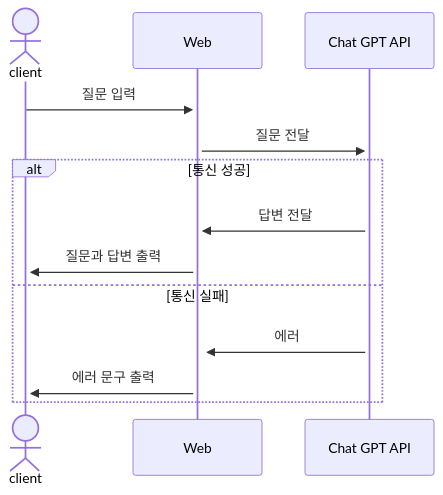
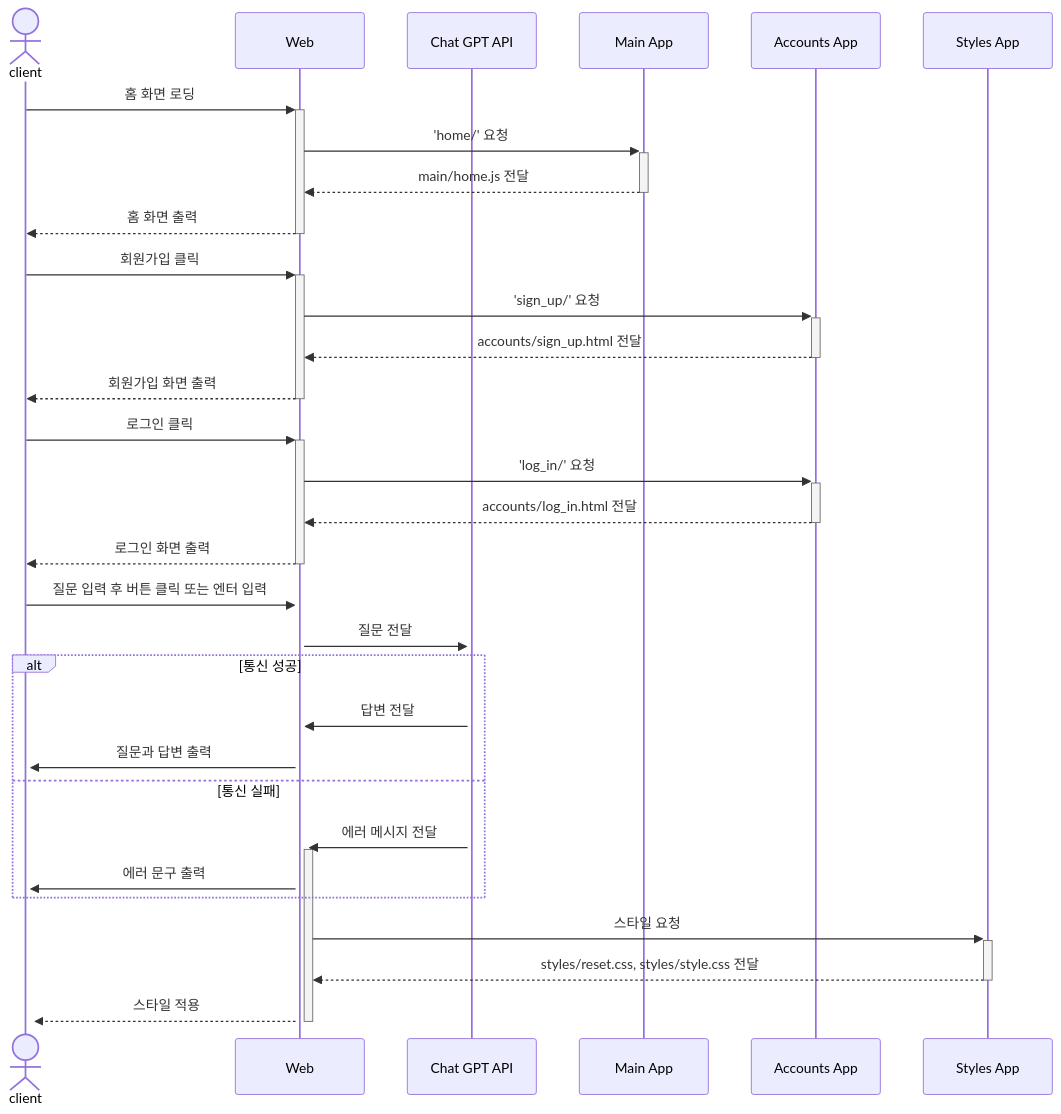
One commit to TheRealParkJoohyung/product-pricing changed the first of 2 diagrams in README.md. Above: the diagram before and after it, drawn with Mermaid.

````diff
--- a/README.md
+++ b/README.md
@@ -68,15 +68,38 @@
 ```mermaid
     sequenceDiagram
     actor A as client
     participant B as Web
     participant C as Chat GPT API
-    A->>+B: 질문 입력
+    participant D as Main App
+    participant E as Accounts App
+    participant F as Styles App
+
+    A->>+B: 홈 화면 로딩
+    B->>+D: 'home/' 요청
+    D-->>-B: main/home.js 전달
+    B-->>-A: 홈 화면 출력
+
+    A->>+B: 회원가입 클릭
+    B->>+E: 'sign_up/' 요청
+    E-->>-B: accounts/sign_up.html 전달
+    B-->>-A: 회원가입 화면 출력
+
+    A->>+B: 로그인 클릭
+    B->>+E: 'log_in/' 요청
+    E-->>-B: accounts/log_in.html 전달
+    B-->>-A: 로그인 화면 출력
+
+    A->>+B: 질문 입력 후 버튼 클릭 또는 엔터 입력
     B->>+C: 질문 전달
     alt 통신 성공
     C->>+B: 답변 전달
     B->>+A: 질문과 답변 출력
     else 통신 실패 
-    C->>+B: 에러
+    C->>+B: 에러 메시지 전달
     B->>+A: 에러 문구 출력
     end
+
+    B->>+F: 스타일 요청
+    F-->>-B: styles/reset.css, styles/style.css 전달
+    B-->>-A: 스타일 적용
 ```
````
